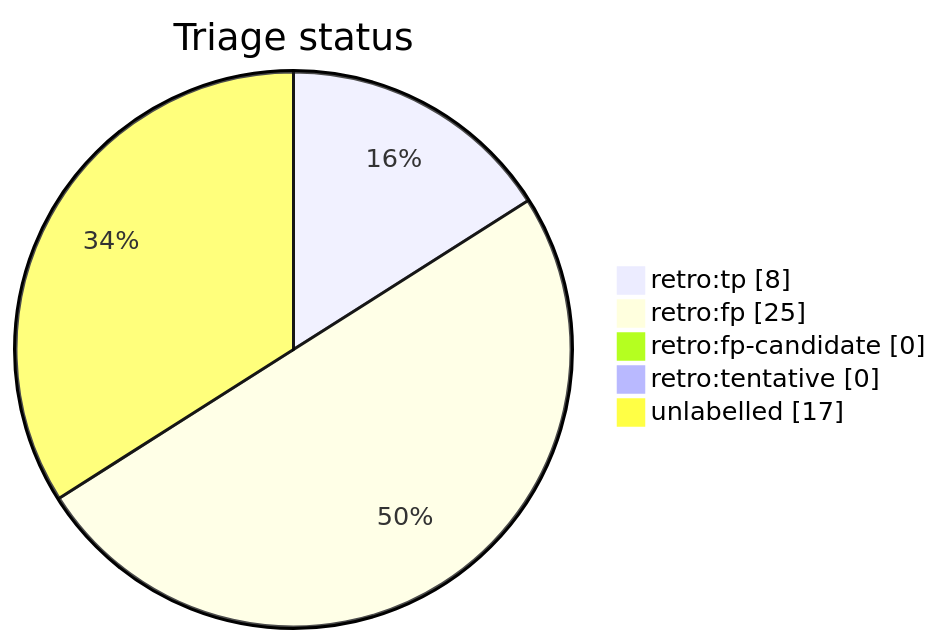
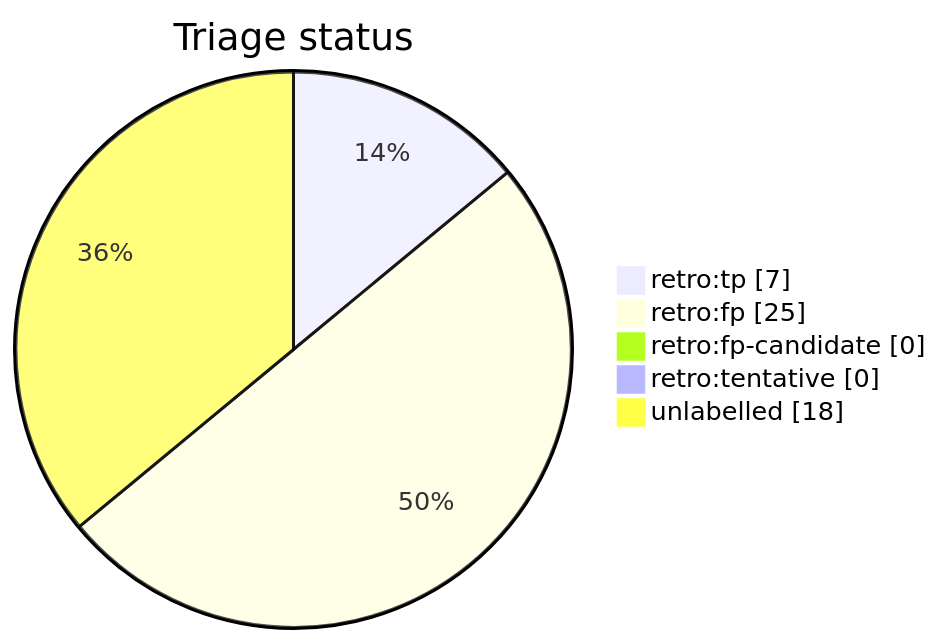
The diagram in docs/generated/scripts/auto-retro-triage-report.md (tvna/claude-md), drawn with Mermaid before and after one commit. The commit also changed other lines of this file, not shown here.

First line of the commit message:
chore(auto-retro): refresh triage report

````diff
--- a/docs/generated/scripts/auto-retro-triage-report.md
+++ b/docs/generated/scripts/auto-retro-triage-report.md
@@ -15,9 +15,9 @@
 ```mermaid
 pie showData
     title Triage status
-    "retro:tp" : 8
+    "retro:tp" : 7
     "retro:fp" : 25
     "retro:fp-candidate" : 0
     "retro:tentative" : 0
-    "unlabelled" : 17
+    "unlabelled" : 18
 ```
````
